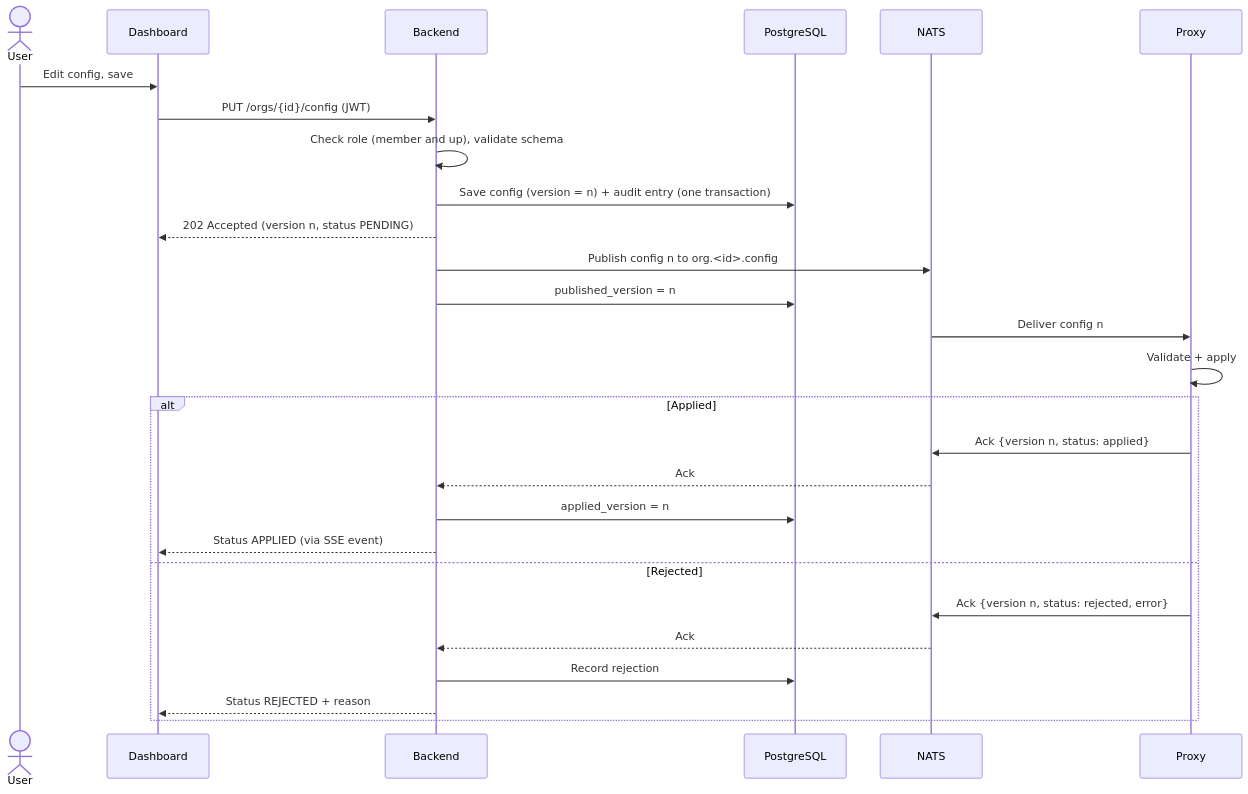
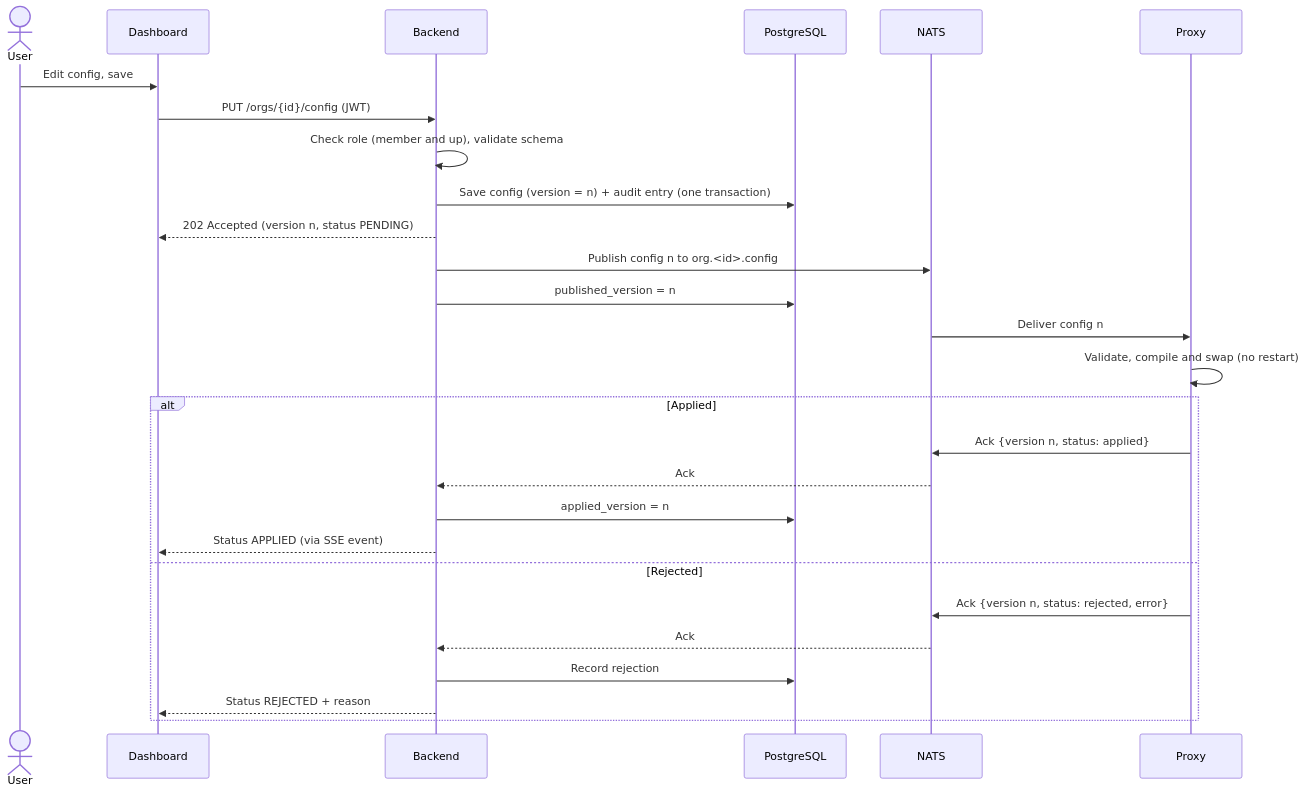
One commit to antohus-liga/proxyma changed the third of 9 diagrams in docs/architecture.md. Above: the diagram before and after it, drawn with Mermaid. The commit also changed other lines of this file and 3 other files, not shown here.

````diff
--- a/docs/architecture.md
+++ b/docs/architecture.md
@@ -100,30 +100,30 @@
 ```mermaid
 sequenceDiagram
     actor U as User
     participant UI as Dashboard
     participant BE as Backend
     participant PG as PostgreSQL
     participant N as NATS
     participant PX as Proxy
 
     U->>UI: Edit config, save
     UI->>BE: PUT /orgs/{id}/config (JWT)
     BE->>BE: Check role (member and up), validate schema
     BE->>PG: Save config (version = n) + audit entry (one transaction)
     BE-->>UI: 202 Accepted (version n, status PENDING)
     BE->>N: Publish config n to org.<id>.config
     BE->>PG: published_version = n
     N->>PX: Deliver config n
-    PX->>PX: Validate + apply
+    PX->>PX: Validate, compile and swap (no restart)
     alt Applied
         PX->>N: Ack {version n, status: applied}
         N-->>BE: Ack
         BE->>PG: applied_version = n
         BE-->>UI: Status APPLIED (via SSE event)
     else Rejected
         PX->>N: Ack {version n, status: rejected, error}
         N-->>BE: Ack
         BE->>PG: Record rejection
         BE-->>UI: Status REJECTED + reason
     end
 ```
````
